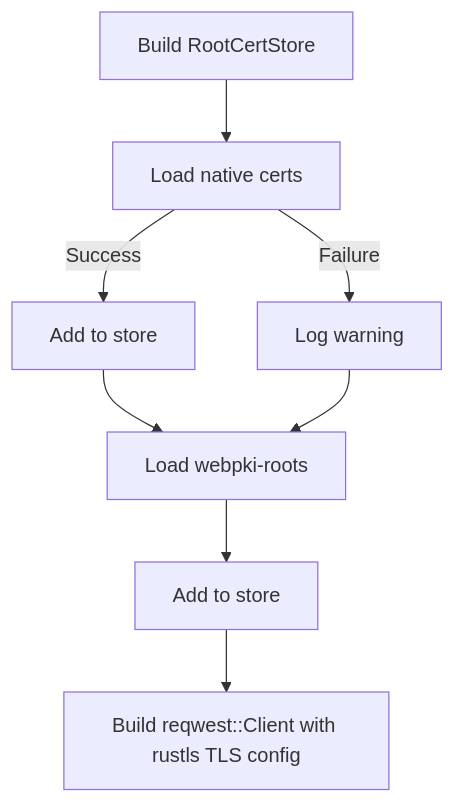
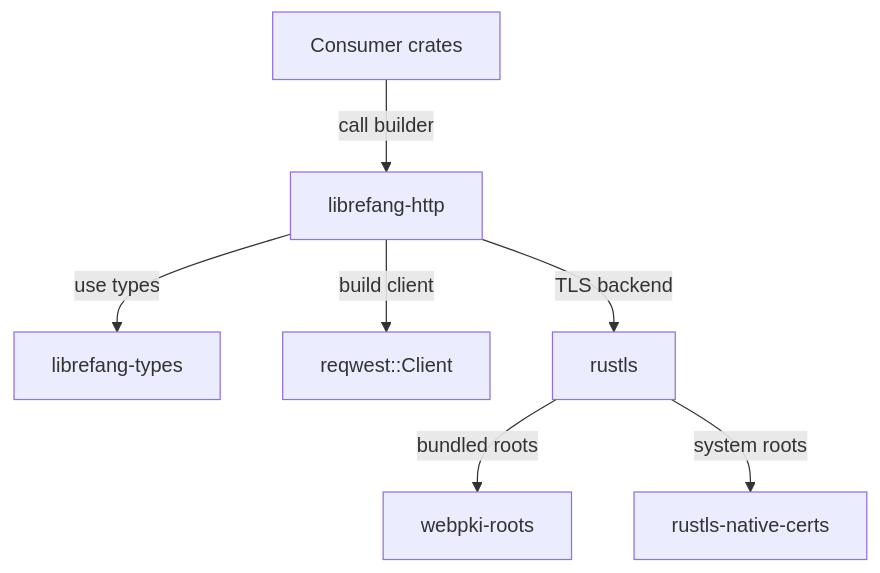
The diagram in other-librefang-http.md (leszek3737/librefang-WIki), drawn with Mermaid before and after one commit. The commit also changed other lines of this file and 119 other files, not shown here.

````diff
--- a/other-librefang-http.md
+++ b/other-librefang-http.md
@@ -31,10 +15,9 @@
 ```mermaid
-flowchart TD
-    A[Build RootCertStore] --> B[Load native certs]
-    B -->|Success| C[Add to store]
-    B -->|Failure| D[Log warning]
-    C --> E[Load webpki-roots]
-    D --> E
-    E --> F[Add to store]
-    F --> G[Build reqwest::Client with rustls TLS config]
+graph TD
+    A[Consumer crates] -->|call builder| B[librefang-http]
+    B -->|use types| C[librefang-types]
+    B -->|build client| D[reqwest::Client]
+    B -->|TLS backend| E[rustls]
+    E -->|bundled roots| F[webpki-roots]
+    E -->|system roots| G[rustls-native-certs]
 ```
````
